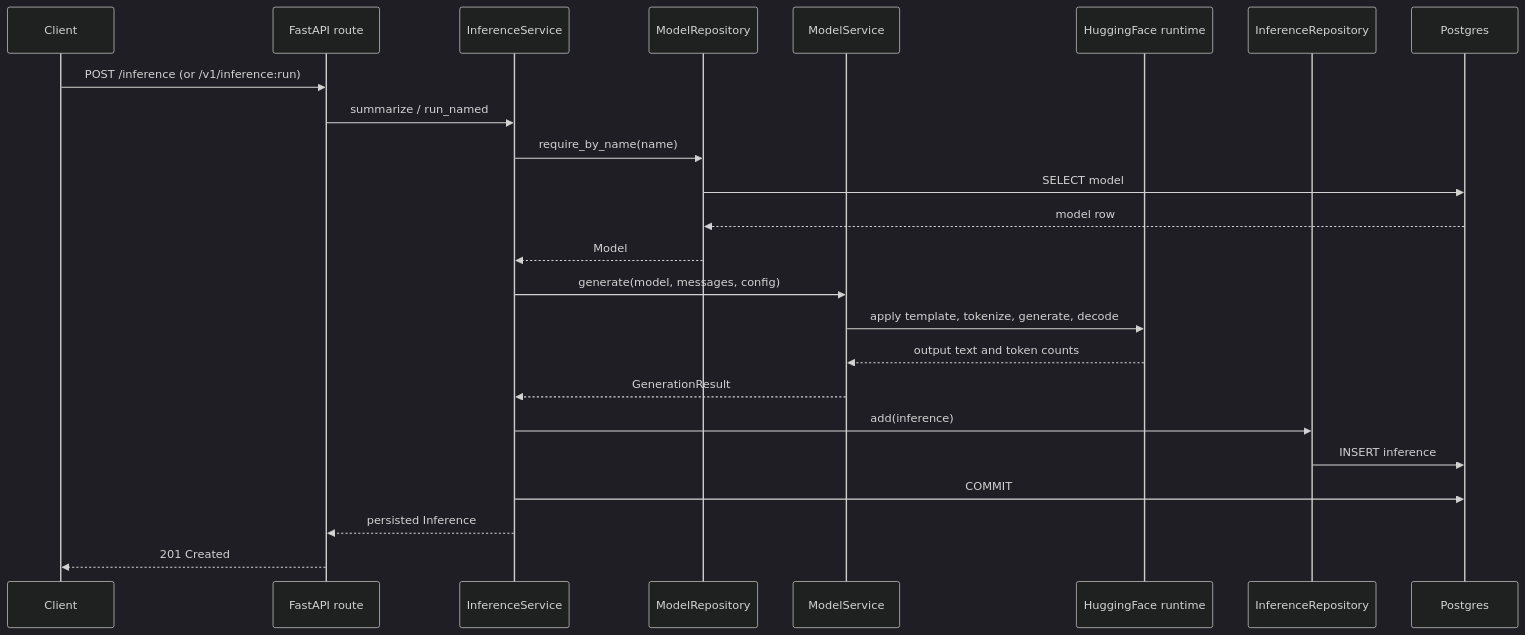
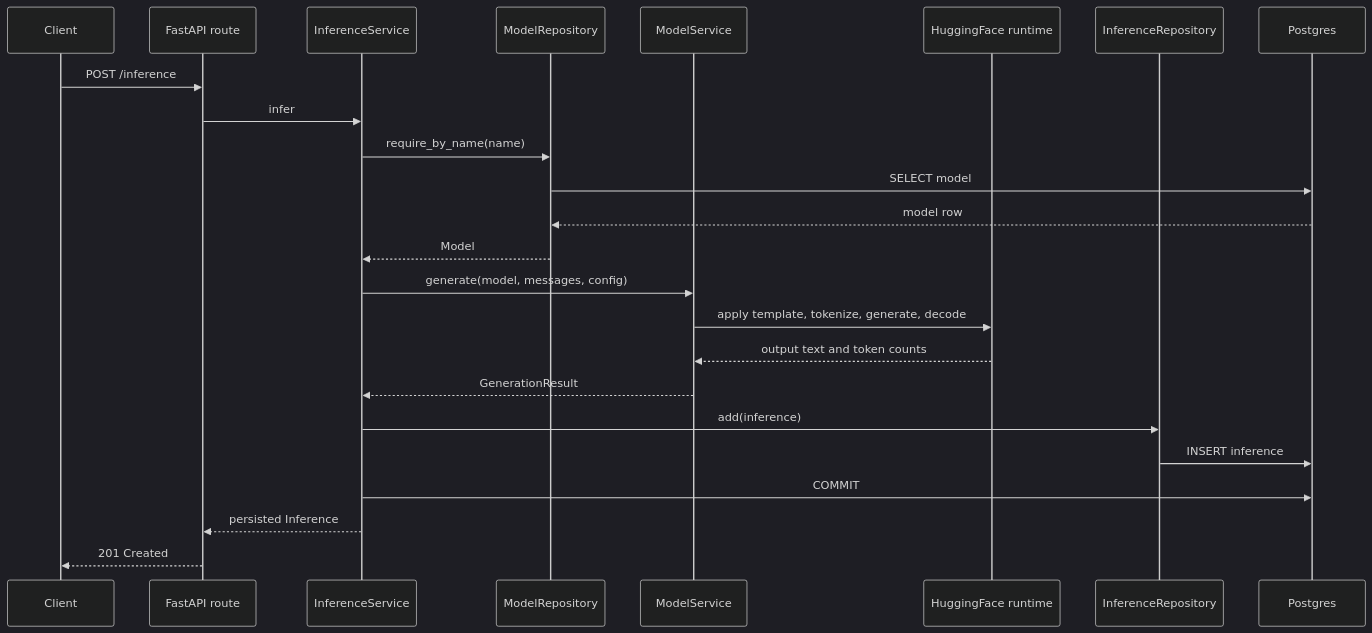
Before and after one commit to DimitarAtanassov/arc-model-lab: the second of 2 diagrams in docs/architecture.md, drawn with Mermaid (dark theme). The commit also changed other lines of this file and 7 other files, not shown here.

````diff
--- a/docs/architecture.md
+++ b/docs/architecture.md
@@ -152,27 +164,27 @@
 ```mermaid
 sequenceDiagram
     participant Client
     participant API as FastAPI route
     participant Svc as InferenceService
     participant Cat as ModelRepository
     participant MS as ModelService
     participant HF as HuggingFace runtime
     participant Repo as InferenceRepository
     participant DB as Postgres
 
-    Client->>API: POST /inference (or /v1/inference:run)
-    API->>Svc: summarize / run_named
+    Client->>API: POST /inference
+    API->>Svc: infer
     Svc->>Cat: require_by_name(name)
     Cat->>DB: SELECT model
     DB-->>Cat: model row
     Cat-->>Svc: Model
     Svc->>MS: generate(model, messages, config)
     MS->>HF: apply template, tokenize, generate, decode
     HF-->>MS: output text and token counts
     MS-->>Svc: GenerationResult
     Svc->>Repo: add(inference)
     Repo->>DB: INSERT inference
     Svc->>DB: COMMIT
     Svc-->>API: persisted Inference
     API-->>Client: 201 Created
 ```
````
